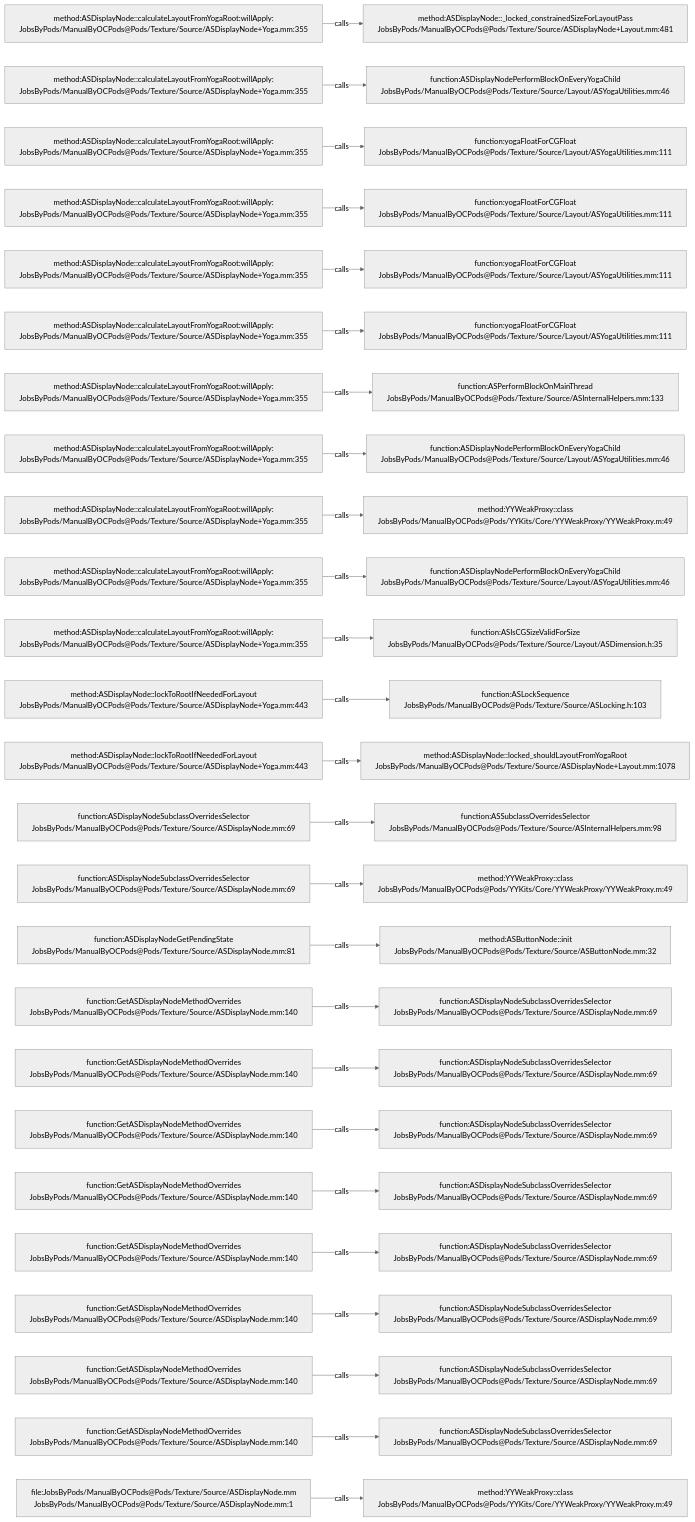
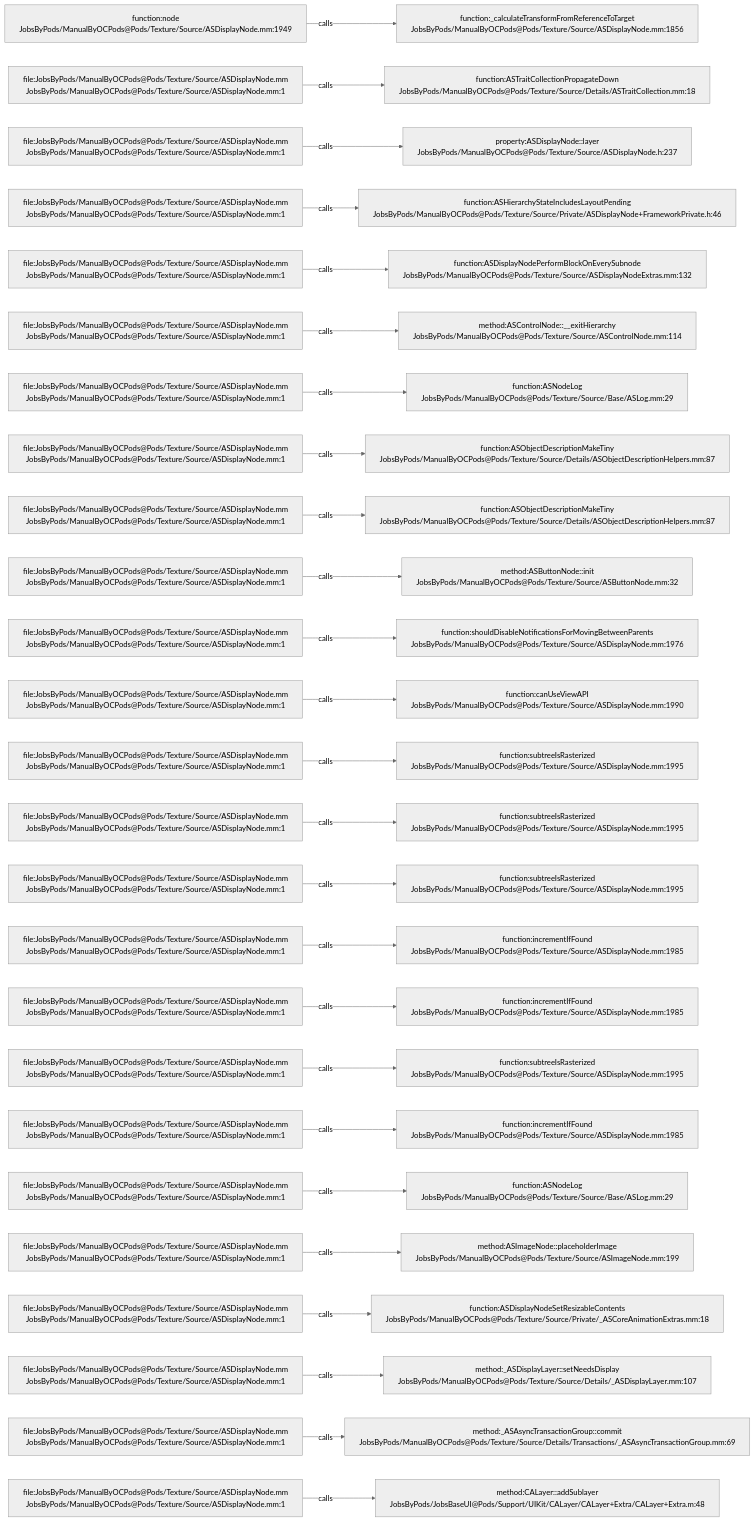
One commit to JobsKits/JobsOCBaseConfigDemo changed the diagram in .codegraph/codegraph.md/graphs/calls-103.md. Above: the diagram before and after it, drawn with Mermaid (neutral theme). The commit also changed 1223 other files, not shown here.

````diff
--- a/.codegraph/codegraph.md/graphs/calls-103.md
+++ b/.codegraph/codegraph.md/graphs/calls-103.md
@@ -13,78 +13,78 @@
 ```mermaid
 flowchart LR
-  S1["method:ASDisplayNode::calculateLayoutFromYogaRoot:willApply:<br/>JobsByPods/ManualByOCPods@Pods/Texture/Source/ASDisplayNode+Yoga.mm:355"]
-  T1["method:ASDisplayNode::_locked_constrainedSizeForLayoutPass<br/>JobsByPods/ManualByOCPods@Pods/Texture/Source/ASDisplayNode+Layout.mm:481"]
+  S1["function:node<br/>JobsByPods/ManualByOCPods@Pods/Texture/Source/ASDisplayNode.mm:1949"]
+  T1["function:_calculateTransformFromReferenceToTarget<br/>JobsByPods/ManualByOCPods@Pods/Texture/Source/ASDisplayNode.mm:1856"]
   S1 -->|calls| T1
-  S2["method:ASDisplayNode::calculateLayoutFromYogaRoot:willApply:<br/>JobsByPods/ManualByOCPods@Pods/Texture/Source/ASDisplayNode+Yoga.mm:355"]
-  T2["function:ASDisplayNodePerformBlockOnEveryYogaChild<br/>JobsByPods/ManualByOCPods@Pods/Texture/Source/Layout/ASYogaUtilities.mm:46"]
+  S2["file:JobsByPods/ManualByOCPods@Pods/Texture/Source/ASDisplayNode.mm<br/>JobsByPods/ManualByOCPods@Pods/Texture/Source/ASDisplayNode.mm:1"]
+  T2["function:ASTraitCollectionPropagateDown<br/>JobsByPods/ManualByOCPods@Pods/Texture/Source/Details/ASTraitCollection.mm:18"]
   S2 -->|calls| T2
-  S3["method:ASDisplayNode::calculateLayoutFromYogaRoot:willApply:<br/>JobsByPods/ManualByOCPods@Pods/Texture/Source/ASDisplayNode+Yoga.mm:355"]
-  T3["function:yogaFloatForCGFloat<br/>JobsByPods/ManualByOCPods@Pods/Texture/Source/Layout/ASYogaUtilities.mm:111"]
+  S3["file:JobsByPods/ManualByOCPods@Pods/Texture/Source/ASDisplayNode.mm<br/>JobsByPods/ManualByOCPods@Pods/Texture/Source/ASDisplayNode.mm:1"]
+  T3["property:ASDisplayNode::layer<br/>JobsByPods/ManualByOCPods@Pods/Texture/Source/ASDisplayNode.h:237"]
   S3 -->|calls| T3
-  S4["method:ASDisplayNode::calculateLayoutFromYogaRoot:willApply:<br/>JobsByPods/ManualByOCPods@Pods/Texture/Source/ASDisplayNode+Yoga.mm:355"]
-  T4["function:yogaFloatForCGFloat<br/>JobsByPods/ManualByOCPods@Pods/Texture/Source/Layout/ASYogaUtilities.mm:111"]
+  S4["file:JobsByPods/ManualByOCPods@Pods/Texture/Source/ASDisplayNode.mm<br/>JobsByPods/ManualByOCPods@Pods/Texture/Source/ASDisplayNode.mm:1"]
+  T4["function:ASHierarchyStateIncludesLayoutPending<br/>JobsByPods/ManualByOCPods@Pods/Texture/Source/Private/ASDisplayNode+FrameworkPrivate.h:46"]
   S4 -->|calls| T4
-  S5["method:ASDisplayNode::calculateLayoutFromYogaRoot:willApply:<br/>JobsByPods/ManualByOCPods@Pods/Texture/Source/ASDisplayNode+Yoga.mm:355"]
-  T5["function:yogaFloatForCGFloat<br/>JobsByPods/ManualByOCPods@Pods/Texture/Source/Layout/ASYogaUtilities.mm:111"]
+  S5["file:JobsByPods/ManualByOCPods@Pods/Texture/Source/ASDisplayNode.mm<br/>JobsByPods/ManualByOCPods@Pods/Texture/Source/ASDisplayNode.mm:1"]
+  T5["function:ASDisplayNodePerformBlockOnEverySubnode<br/>JobsByPods/ManualByOCPods@Pods/Texture/Source/ASDisplayNodeExtras.mm:132"]
   S5 -->|calls| T5
-  S6["method:ASDisplayNode::calculateLayoutFromYogaRoot:willApply:<br/>JobsByPods/ManualByOCPods@Pods/Texture/Source/ASDisplayNode+Yoga.mm:355"]
-  T6["function:yogaFloatForCGFloat<br/>JobsByPods/ManualByOCPods@Pods/Texture/Source/Layout/ASYogaUtilities.mm:111"]
+  S6["file:JobsByPods/ManualByOCPods@Pods/Texture/Source/ASDisplayNode.mm<br/>JobsByPods/ManualByOCPods@Pods/Texture/Source/ASDisplayNode.mm:1"]
+  T6["method:ASControlNode::__exitHierarchy<br/>JobsByPods/ManualByOCPods@Pods/Texture/Source/ASControlNode.mm:114"]
   S6 -->|calls| T6
-  S7["method:ASDisplayNode::calculateLayoutFromYogaRoot:willApply:<br/>JobsByPods/ManualByOCPods@Pods/Texture/Source/ASDisplayNode+Yoga.mm:355"]
-  T7["function:ASPerformBlockOnMainThread<br/>JobsByPods/ManualByOCPods@Pods/Texture/Source/ASInternalHelpers.mm:133"]
+  S7["file:JobsByPods/ManualByOCPods@Pods/Texture/Source/ASDisplayNode.mm<br/>JobsByPods/ManualByOCPods@Pods/Texture/Source/ASDisplayNode.mm:1"]
+  T7["function:ASNodeLog<br/>JobsByPods/ManualByOCPods@Pods/Texture/Source/Base/ASLog.mm:29"]
   S7 -->|calls| T7
-  S8["method:ASDisplayNode::calculateLayoutFromYogaRoot:willApply:<br/>JobsByPods/ManualByOCPods@Pods/Texture/Source/ASDisplayNode+Yoga.mm:355"]
-  T8["function:ASDisplayNodePerformBlockOnEveryYogaChild<br/>JobsByPods/ManualByOCPods@Pods/Texture/Source/Layout/ASYogaUtilities.mm:46"]
+  S8["file:JobsByPods/ManualByOCPods@Pods/Texture/Source/ASDisplayNode.mm<br/>JobsByPods/ManualByOCPods@Pods/Texture/Source/ASDisplayNode.mm:1"]
+  T8["function:ASObjectDescriptionMakeTiny<br/>JobsByPods/ManualByOCPods@Pods/Texture/Source/Details/ASObjectDescriptionHelpers.mm:87"]
   S8 -->|calls| T8
-  S9["method:ASDisplayNode::calculateLayoutFromYogaRoot:willApply:<br/>JobsByPods/ManualByOCPods@Pods/Texture/Source/ASDisplayNode+Yoga.mm:355"]
-  T9["method:YYWeakProxy::class<br/>JobsByPods/ManualByOCPods@Pods/YYKits/Core/YYWeakProxy/YYWeakProxy.m:49"]
+  S9["file:JobsByPods/ManualByOCPods@Pods/Texture/Source/ASDisplayNode.mm<br/>JobsByPods/ManualByOCPods@Pods/Texture/Source/ASDisplayNode.mm:1"]
+  T9["function:ASObjectDescriptionMakeTiny<br/>JobsByPods/ManualByOCPods@Pods/Texture/Source/Details/ASObjectDescriptionHelpers.mm:87"]
   S9 -->|calls| T9
-  S10["method:ASDisplayNode::calculateLayoutFromYogaRoot:willApply:<br/>JobsByPods/ManualByOCPods@Pods/Texture/Source/ASDisplayNode+Yoga.mm:355"]
-  T10["function:ASDisplayNodePerformBlockOnEveryYogaChild<br/>JobsByPods/ManualByOCPods@Pods/Texture/Source/Layout/ASYogaUtilities.mm:46"]
+  S10["file:JobsByPods/ManualByOCPods@Pods/Texture/Source/ASDisplayNode.mm<br/>JobsByPods/ManualByOCPods@Pods/Texture/Source/ASDisplayNode.mm:1"]
+  T10["method:ASButtonNode::init<br/>JobsByPods/ManualByOCPods@Pods/Texture/Source/ASButtonNode.mm:32"]
   S10 -->|calls| T10
-  S11["method:ASDisplayNode::calculateLayoutFromYogaRoot:willApply:<br/>JobsByPods/ManualByOCPods@Pods/Texture/Source/ASDisplayNode+Yoga.mm:355"]
-  T11["function:ASIsCGSizeValidForSize<br/>JobsByPods/ManualByOCPods@Pods/Texture/Source/Layout/ASDimension.h:35"]
+  S11["file:JobsByPods/ManualByOCPods@Pods/Texture/Source/ASDisplayNode.mm<br/>JobsByPods/ManualByOCPods@Pods/Texture/Source/ASDisplayNode.mm:1"]
+  T11["function:shouldDisableNotificationsForMovingBetweenParents<br/>JobsByPods/ManualByOCPods@Pods/Texture/Source/ASDisplayNode.mm:1976"]
   S11 -->|calls| T11
-  S12["method:ASDisplayNode::lockToRootIfNeededForLayout<br/>JobsByPods/ManualByOCPods@Pods/Texture/Source/ASDisplayNode+Yoga.mm:443"]
-  T12["function:ASLockSequence<br/>JobsByPods/ManualByOCPods@Pods/Texture/Source/ASLocking.h:103"]
+  S12["file:JobsByPods/ManualByOCPods@Pods/Texture/Source/ASDisplayNode.mm<br/>JobsByPods/ManualByOCPods@Pods/Texture/Source/ASDisplayNode.mm:1"]
+  T12["function:canUseViewAPI<br/>JobsByPods/ManualByOCPods@Pods/Texture/Source/ASDisplayNode.mm:1990"]
   S12 -->|calls| T12
-  S13["method:ASDisplayNode::lockToRootIfNeededForLayout<br/>JobsByPods/ManualByOCPods@Pods/Texture/Source/ASDisplayNode+Yoga.mm:443"]
-  T13["method:ASDisplayNode::locked_shouldLayoutFromYogaRoot<br/>JobsByPods/ManualByOCPods@Pods/Texture/Source/ASDisplayNode+Layout.mm:1078"]
+  S13["file:JobsByPods/ManualByOCPods@Pods/Texture/Source/ASDisplayNode.mm<br/>JobsByPods/ManualByOCPods@Pods/Texture/Source/ASDisplayNode.mm:1"]
+  T13["function:subtreeIsRasterized<br/>JobsByPods/ManualByOCPods@Pods/Texture/Source/ASDisplayNode.mm:1995"]
   S13 -->|calls| T13
-  S14["function:ASDisplayNodeSubclassOverridesSelector<br/>JobsByPods/ManualByOCPods@Pods/Texture/Source/ASDisplayNode.mm:69"]
-  T14["function:ASSubclassOverridesSelector<br/>JobsByPods/ManualByOCPods@Pods/Texture/Source/ASInternalHelpers.mm:98"]
+  S14["file:JobsByPods/ManualByOCPods@Pods/Texture/Source/ASDisplayNode.mm<br/>JobsByPods/ManualByOCPods@Pods/Texture/Source/ASDisplayNode.mm:1"]
+  T14["function:subtreeIsRasterized<br/>JobsByPods/ManualByOCPods@Pods/Texture/Source/ASDisplayNode.mm:1995"]
   S14 -->|calls| T14
-  S15["function:ASDisplayNodeSubclassOverridesSelector<br/>JobsByPods/ManualByOCPods@Pods/Texture/Source/ASDisplayNode.mm:69"]
-  T15["method:YYWeakProxy::class<br/>JobsByPods/ManualByOCPods@Pods/YYKits/Core/YYWeakProxy/YYWeakProxy.m:49"]
+  S15["file:JobsByPods/ManualByOCPods@Pods/Texture/Source/ASDisplayNode.mm<br/>JobsByPods/ManualByOCPods@Pods/Texture/Source/ASDisplayNode.mm:1"]
+  T15["function:subtreeIsRasterized<br/>JobsByPods/ManualByOCPods@Pods/Texture/Source/ASDisplayNode.mm:1995"]
   S15 -->|calls| T15
-  S16["function:ASDisplayNodeGetPendingState<br/>JobsByPods/ManualByOCPods@Pods/Texture/Source/ASDisplayNode.mm:81"]
-  T16["method:ASButtonNode::init<br/>JobsByPods/ManualByOCPods@Pods/Texture/Source/ASButtonNode.mm:32"]
+  S16["file:JobsByPods/ManualByOCPods@Pods/Texture/Source/ASDisplayNode.mm<br/>JobsByPods/ManualByOCPods@Pods/Texture/Source/ASDisplayNode.mm:1"]
+  T16["function:incrementIfFound<br/>JobsByPods/ManualByOCPods@Pods/Texture/Source/ASDisplayNode.mm:1985"]
   S16 -->|calls| T16
-  S17["function:GetASDisplayNodeMethodOverrides<br/>JobsByPods/ManualByOCPods@Pods/Texture/Source/ASDisplayNode.mm:140"]
-  T17["function:ASDisplayNodeSubclassOverridesSelector<br/>JobsByPods/ManualByOCPods@Pods/Texture/Source/ASDisplayNode.mm:69"]
+  S17["file:JobsByPods/ManualByOCPods@Pods/Texture/Source/ASDisplayNode.mm<br/>JobsByPods/ManualByOCPods@Pods/Texture/Source/ASDisplayNode.mm:1"]
+  T17["function:incrementIfFound<br/>JobsByPods/ManualByOCPods@Pods/Texture/Source/ASDisplayNode.mm:1985"]
   S17 -->|calls| T17
-  S18["function:GetASDisplayNodeMethodOverrides<br/>JobsByPods/ManualByOCPods@Pods/Texture/Source/ASDisplayNode.mm:140"]
-  T18["function:ASDisplayNodeSubclassOverridesSelector<br/>JobsByPods/ManualByOCPods@Pods/Texture/Source/ASDisplayNode.mm:69"]
+  S18["file:JobsByPods/ManualByOCPods@Pods/Texture/Source/ASDisplayNode.mm<br/>JobsByPods/ManualByOCPods@Pods/Texture/Source/ASDisplayNode.mm:1"]
+  T18["function:subtreeIsRasterized<br/>JobsByPods/ManualByOCPods@Pods/Texture/Source/ASDisplayNode.mm:1995"]
   S18 -->|calls| T18
-  S19["function:GetASDisplayNodeMethodOverrides<br/>JobsByPods/ManualByOCPods@Pods/Texture/Source/ASDisplayNode.mm:140"]
-  T19["function:ASDisplayNodeSubclassOverridesSelector<br/>JobsByPods/ManualByOCPods@Pods/Texture/Source/ASDisplayNode.mm:69"]
+  S19["file:JobsByPods/ManualByOCPods@Pods/Texture/Source/ASDisplayNode.mm<br/>JobsByPods/ManualByOCPods@Pods/Texture/Source/ASDisplayNode.mm:1"]
+  T19["function:incrementIfFound<br/>JobsByPods/ManualByOCPods@Pods/Texture/Source/ASDisplayNode.mm:1985"]
   S19 -->|calls| T19
-  S20["function:GetASDisplayNodeMethodOverrides<br/>JobsByPods/ManualByOCPods@Pods/Texture/Source/ASDisplayNode.mm:140"]
-  T20["function:ASDisplayNodeSubclassOverridesSelector<br/>JobsByPods/ManualByOCPods@Pods/Texture/Source/ASDisplayNode.mm:69"]
+  S20["file:JobsByPods/ManualByOCPods@Pods/Texture/Source/ASDisplayNode.mm<br/>JobsByPods/ManualByOCPods@Pods/Texture/Source/ASDisplayNode.mm:1"]
+  T20["function:ASNodeLog<br/>JobsByPods/ManualByOCPods@Pods/Texture/Source/Base/ASLog.mm:29"]
   S20 -->|calls| T20
-  S21["function:GetASDisplayNodeMethodOverrides<br/>JobsByPods/ManualByOCPods@Pods/Texture/Source/ASDisplayNode.mm:140"]
-  T21["function:ASDisplayNodeSubclassOverridesSelector<br/>JobsByPods/ManualByOCPods@Pods/Texture/Source/ASDisplayNode.mm:69"]
+  S21["file:JobsByPods/ManualByOCPods@Pods/Texture/Source/ASDisplayNode.mm<br/>JobsByPods/ManualByOCPods@Pods/Texture/Source/ASDisplayNode.mm:1"]
+  T21["method:ASImageNode::placeholderImage<br/>JobsByPods/ManualByOCPods@Pods/Texture/Source/ASImageNode.mm:199"]
   S21 -->|calls| T21
-  S22["function:GetASDisplayNodeMethodOverrides<br/>JobsByPods/ManualByOCPods@Pods/Texture/Source/ASDisplayNode.mm:140"]
-  T22["function:ASDisplayNodeSubclassOverridesSelector<br/>JobsByPods/ManualByOCPods@Pods/Texture/Source/ASDisplayNode.mm:69"]
+  S22["file:JobsByPods/ManualByOCPods@Pods/Texture/Source/ASDisplayNode.mm<br/>JobsByPods/ManualByOCPods@Pods/Texture/Source/ASDisplayNode.mm:1"]
+  T22["function:ASDisplayNodeSetResizableContents<br/>JobsByPods/ManualByOCPods@Pods/Texture/Source/Private/_ASCoreAnimationExtras.mm:18"]
   S22 -->|calls| T22
-  S23["function:GetASDisplayNodeMethodOverrides<br/>JobsByPods/ManualByOCPods@Pods/Texture/Source/ASDisplayNode.mm:140"]
-  T23["function:ASDisplayNodeSubclassOverridesSelector<br/>JobsByPods/ManualByOCPods@Pods/Texture/Source/ASDisplayNode.mm:69"]
+  S23["file:JobsByPods/ManualByOCPods@Pods/Texture/Source/ASDisplayNode.mm<br/>JobsByPods/ManualByOCPods@Pods/Texture/Source/ASDisplayNode.mm:1"]
+  T23["method:_ASDisplayLayer::setNeedsDisplay<br/>JobsByPods/ManualByOCPods@Pods/Texture/Source/Details/_ASDisplayLayer.mm:107"]
   S23 -->|calls| T23
-  S24["function:GetASDisplayNodeMethodOverrides<br/>JobsByPods/ManualByOCPods@Pods/Texture/Source/ASDisplayNode.mm:140"]
-  T24["function:ASDisplayNodeSubclassOverridesSelector<br/>JobsByPods/ManualByOCPods@Pods/Texture/Source/ASDisplayNode.mm:69"]
+  S24["file:JobsByPods/ManualByOCPods@Pods/Texture/Source/ASDisplayNode.mm<br/>JobsByPods/ManualByOCPods@Pods/Texture/Source/ASDisplayNode.mm:1"]
+  T24["method:_ASAsyncTransactionGroup::commit<br/>JobsByPods/ManualByOCPods@Pods/Texture/Source/Details/Transactions/_ASAsyncTransactionGroup.mm:69"]
   S24 -->|calls| T24
   S25["file:JobsByPods/ManualByOCPods@Pods/Texture/Source/ASDisplayNode.mm<br/>JobsByPods/ManualByOCPods@Pods/Texture/Source/ASDisplayNode.mm:1"]
-  T25["method:YYWeakProxy::class<br/>JobsByPods/ManualByOCPods@Pods/YYKits/Core/YYWeakProxy/YYWeakProxy.m:49"]
+  T25["method:CALayer::addSublayer<br/>JobsByPods/JobsBaseUI@Pods/Support/UIKit/CALayer/CALayer+Extra/CALayer+Extra.m:48"]
   S25 -->|calls| T25
 ```
````
